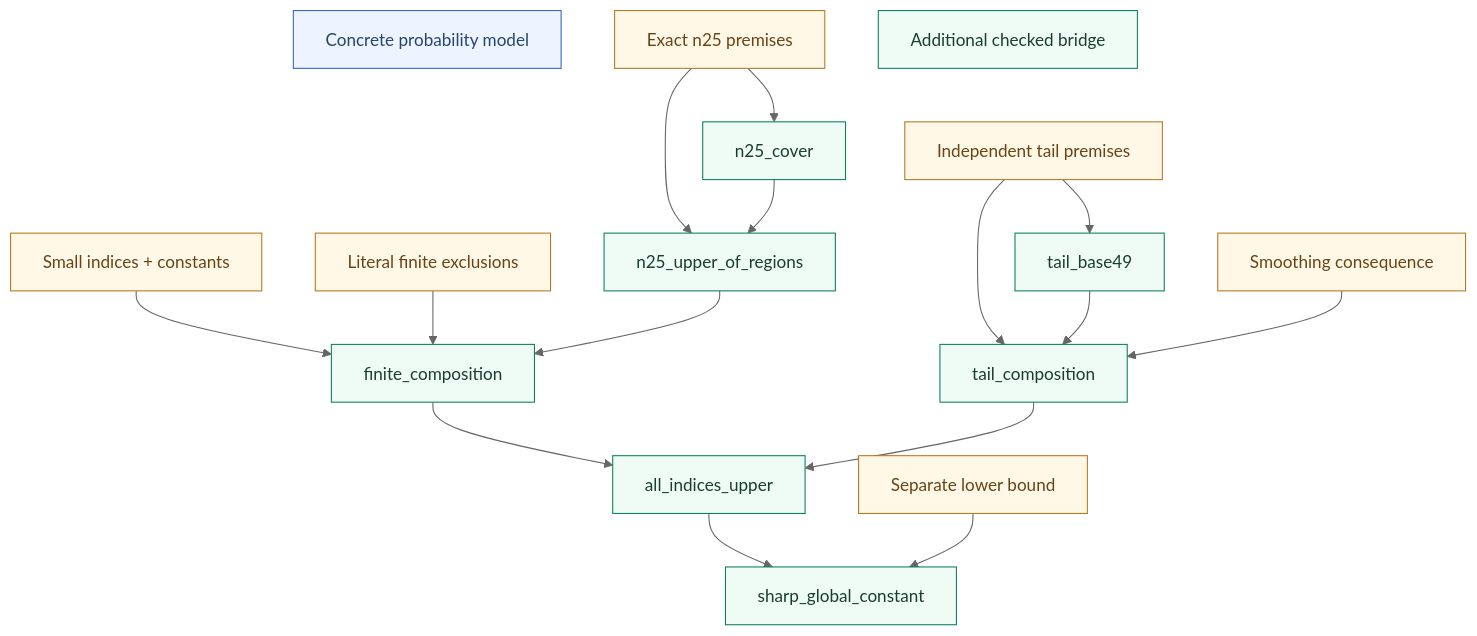
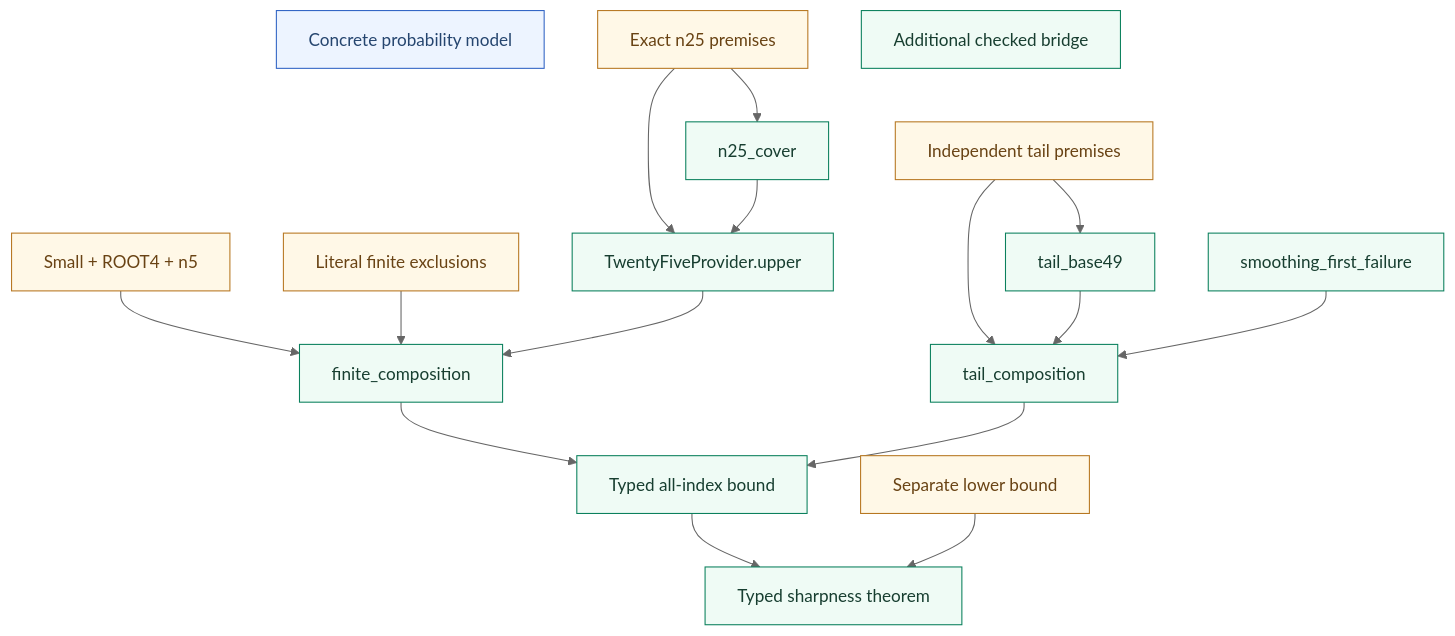
Before and after one commit to rodziewiczk/berry-esseen-end2end: the diagram in formal/lean-map/assets/proof-map.mmd, drawn with Mermaid (neutral theme). The commit also changed 69 other files, not shown here.

```diff
--- a/formal/lean-map/assets/proof-map.mmd
+++ b/formal/lean-map/assets/proof-map.mmd
@@ -1,33 +1,33 @@
 flowchart TD
   MODEL["Concrete probability model"]:::model
-  SMALL["Small indices + constants"]:::open
+  SMALL["Small + ROOT4 + n5"]:::open
   ORDINARY["Literal finite exclusions"]:::open
   FINITE["finite_composition"]:::checked
   INPUT25["Exact n25 premises"]:::open
   COVER25["n25_cover"]:::checked
-  UPPER25["n25_upper_of_regions"]:::checked
+  UPPER25["TwentyFiveProvider.upper"]:::checked
   LICENSE25["Additional checked bridge"]:::checked
   TAILINPUT["Independent tail premises"]:::open
   BASE49["tail_base49"]:::checked
-  SMOOTH["Smoothing consequence"]:::open
+  SMOOTH["smoothing_first_failure"]:::checked
   TAIL["tail_composition"]:::checked
-  UPPER["all_indices_upper"]:::checked
+  UPPER["Typed all-index bound"]:::checked
   LOWER["Separate lower bound"]:::open
-  SHARP["sharp_global_constant"]:::checked
+  SHARP["Typed sharpness theorem"]:::checked
   SMALL --> FINITE
   ORDINARY --> FINITE
   INPUT25 --> COVER25
   INPUT25 --> UPPER25
   COVER25 --> UPPER25
   UPPER25 --> FINITE
   TAILINPUT --> BASE49
   TAILINPUT --> TAIL
   BASE49 --> TAIL
   SMOOTH --> TAIL
   FINITE --> UPPER
   TAIL --> UPPER
   UPPER --> SHARP
   LOWER --> SHARP
   classDef checked fill:#effbf5,stroke:#0b805d,color:#173e30
   classDef open fill:#fff8e7,stroke:#b77721,color:#694314
   classDef model fill:#edf4ff,stroke:#3063c4,color:#25456f
```
